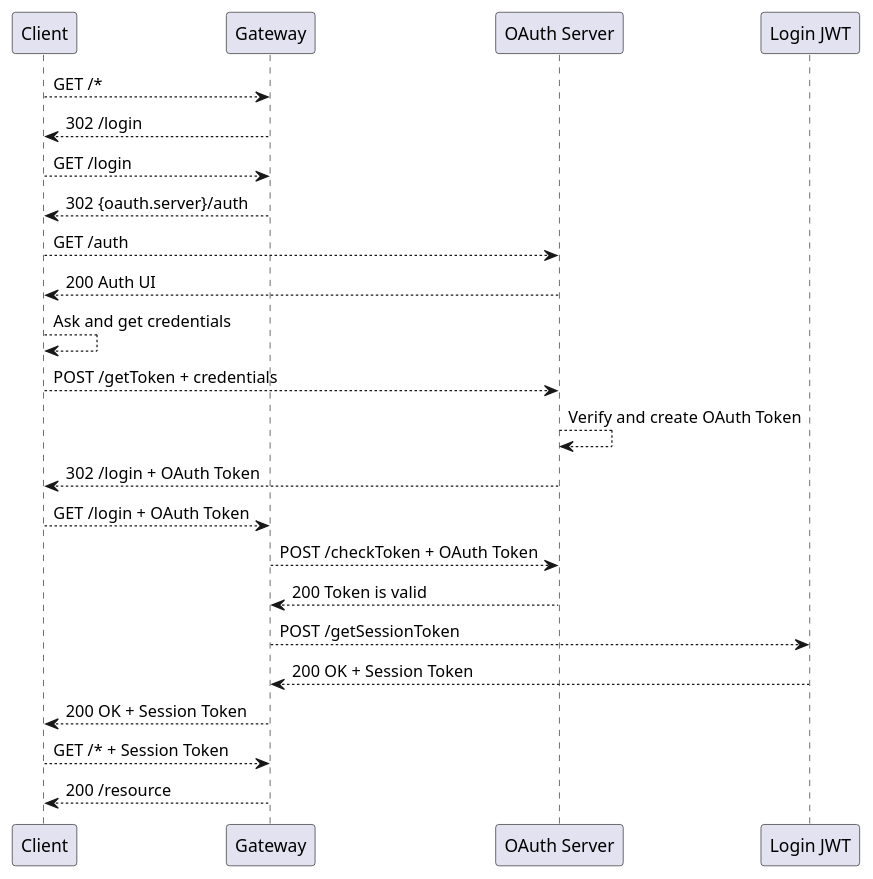
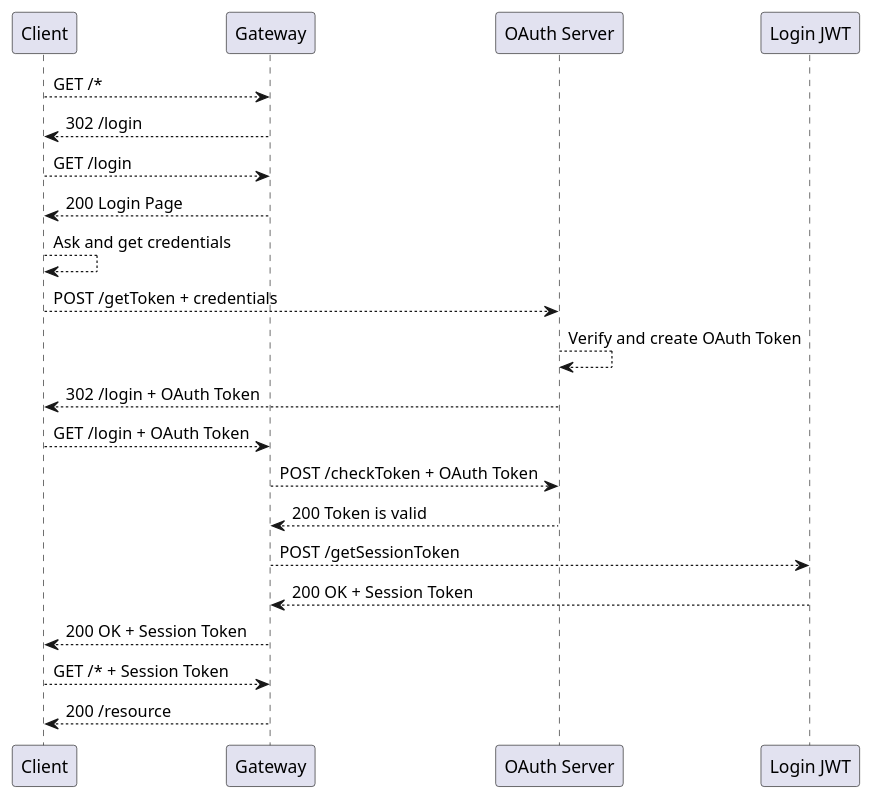
One commit to ahoy-app/documentation changed the diagram in diagrams/auth.pu. Above: the diagram before and after it, drawn with PlantUML.

Commit message:
Simplify login

```diff
--- a/diagrams/auth.pu
+++ b/diagrams/auth.pu
@@ -1,41 +1,38 @@
 @startuml
 skinparam componentStyle uml2
 
 participant "Client" as c
 
 participant "Gateway" as gw
 
 participant "OAuth Server" as os
 
 participant "Login JWT" as be
 
 c --> gw : GET /*
 c <-- gw : 302 /login
 
 c --> gw : GET /login
-c <-- gw : 302 {oauth.server}/auth
-
-c --> os : GET /auth
-c <-- os : 200 Auth UI
+c <-- gw : 200 Login Page
 
 c --> c : Ask and get credentials
 
 c --> os : POST /getToken + credentials
 os --> os : Verify and create OAuth Token
 
 c <-- os : 302 /login + OAuth Token
 
 c --> gw : GET /login + OAuth Token
 
 gw --> os : POST /checkToken + OAuth Token
 gw <-- os : 200 Token is valid
 
 gw --> be : POST /getSessionToken
 gw <-- be : 200 OK + Session Token
 c <-- gw : 200 OK + Session Token
 
 c --> gw : GET /* + Session Token
 c <-- gw : 200 /resource
 
 
 @enduml
```
